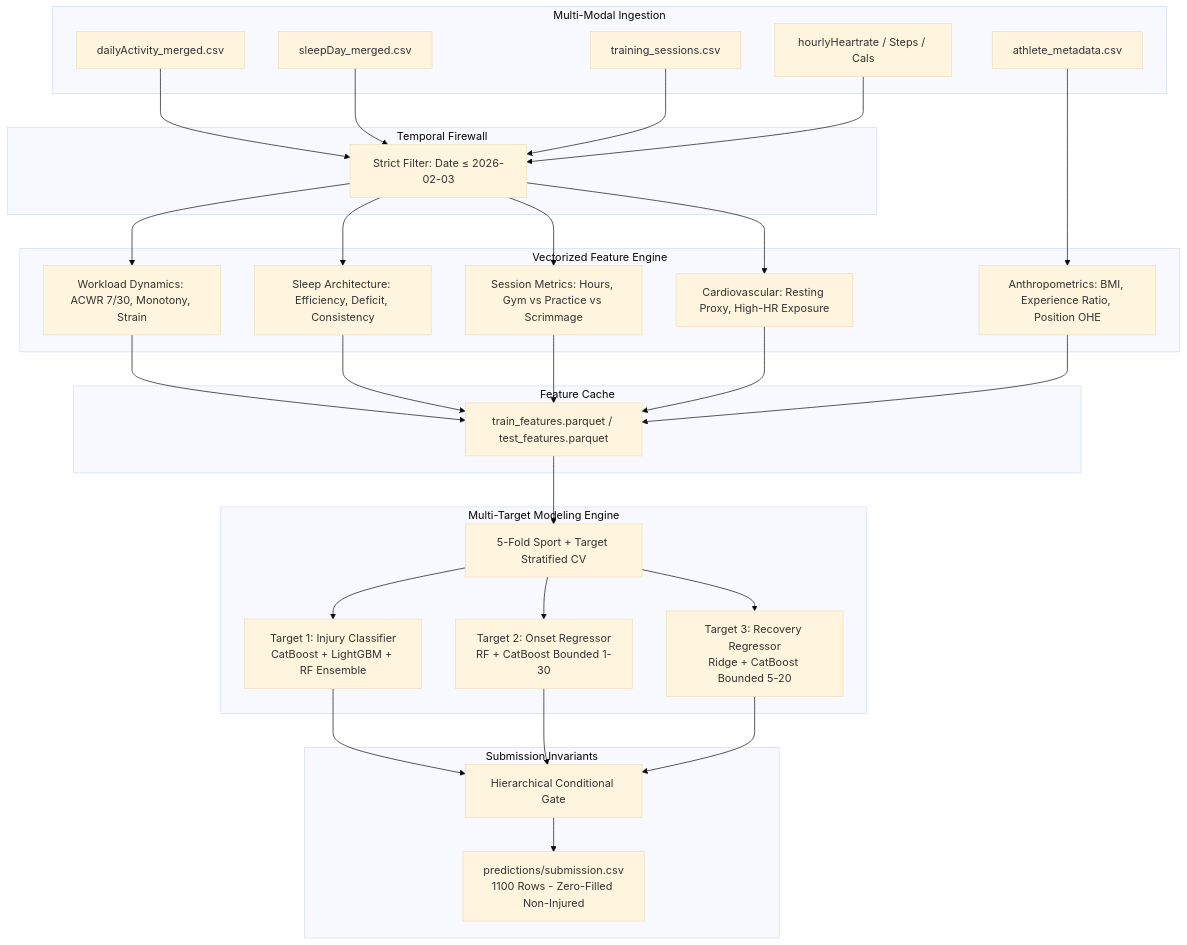
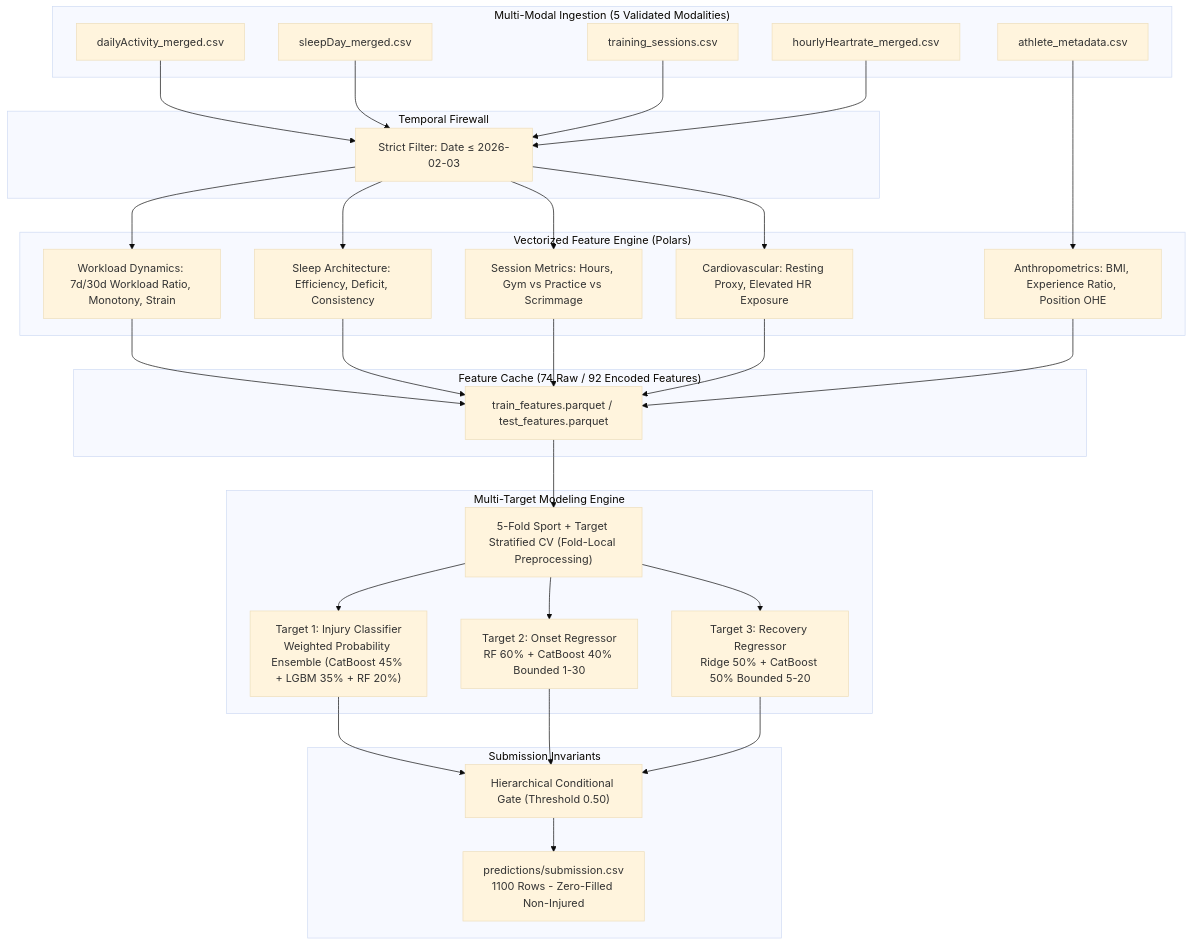
Before and after one commit to bhavya277/ML-Model-for-Athletes: the diagram in README.md, drawn with Mermaid (base theme). The commit also changed other lines of this file and 5 other files, not shown here.

Commit message:
Final code audit: fold-local preprocessing, accurate weighted ensemble docs, exact 92-feature count reconciliation

````diff
--- a/README.md
+++ b/README.md
@@ -28,48 +28,48 @@
 ```mermaid
 graph TD
-    subgraph "Multi-Modal Ingestion"
+    subgraph "Multi-Modal Ingestion (5 Validated Modalities)"
         A["athlete_metadata.csv"]
         B["dailyActivity_merged.csv"]
         C["sleepDay_merged.csv"]
         D["training_sessions.csv"]
-        E["hourlyHeartrate / Steps / Cals"]
+        E["hourlyHeartrate_merged.csv"]
     end
 
     subgraph "Temporal Firewall"
         F["Strict Filter: Date &le; 2026-02-03"]
         B --> F
         C --> F
         D --> F
         E --> F
     end
 
-    subgraph "Vectorized Feature Engine"
-        F --> G1["Workload Dynamics: ACWR 7/30, Monotony, Strain"]
+    subgraph "Vectorized Feature Engine (Polars)"
+        F --> G1["Workload Dynamics: 7d/30d Workload Ratio, Monotony, Strain"]
         F --> G2["Sleep Architecture: Efficiency, Deficit, Consistency"]
         F --> G3["Session Metrics: Hours, Gym vs Practice vs Scrimmage"]
-        F --> G4["Cardiovascular: Resting Proxy, High-HR Exposure"]
+        F --> G4["Cardiovascular: Resting Proxy, Elevated HR Exposure"]
         A --> G5["Anthropometrics: BMI, Experience Ratio, Position OHE"]
     end
 
-    subgraph "Feature Cache"
+    subgraph "Feature Cache (74 Raw / 92 Encoded Features)"
         G1 --> H["train_features.parquet / test_features.parquet"]
         G2 --> H
         G3 --> H
         G4 --> H
         G5 --> H
     end
 
     subgraph "Multi-Target Modeling Engine"
-        H --> V["5-Fold Sport + Target Stratified CV"]
-        V --> M1["Target 1: Injury Classifier<br/>CatBoost + LightGBM + RF Ensemble"]
-        V --> M2["Target 2: Onset Regressor<br/>RF + CatBoost Bounded 1-30"]
-        V --> M3["Target 3: Recovery Regressor<br/>Ridge + CatBoost Bounded 5-20"]
+        H --> V["5-Fold Sport + Target Stratified CV (Fold-Local Preprocessing)"]
+        V --> M1["Target 1: Injury Classifier<br/>Weighted Probability Ensemble (CatBoost 45% + LGBM 35% + RF 20%)"]
+        V --> M2["Target 2: Onset Regressor<br/>RF 60% + CatBoost 40% Bounded 1-30"]
+        V --> M3["Target 3: Recovery Regressor<br/>Ridge 50% + CatBoost 50% Bounded 5-20"]
     end
 
     subgraph "Submission Invariants"
-        M1 --> P["Hierarchical Conditional Gate"]
+        M1 --> P["Hierarchical Conditional Gate (Threshold 0.50)"]
         M2 --> P
         M3 --> P
         P --> SUB["predictions/submission.csv<br/>1100 Rows - Zero-Filled Non-Injured"]
     end
 ```
````
